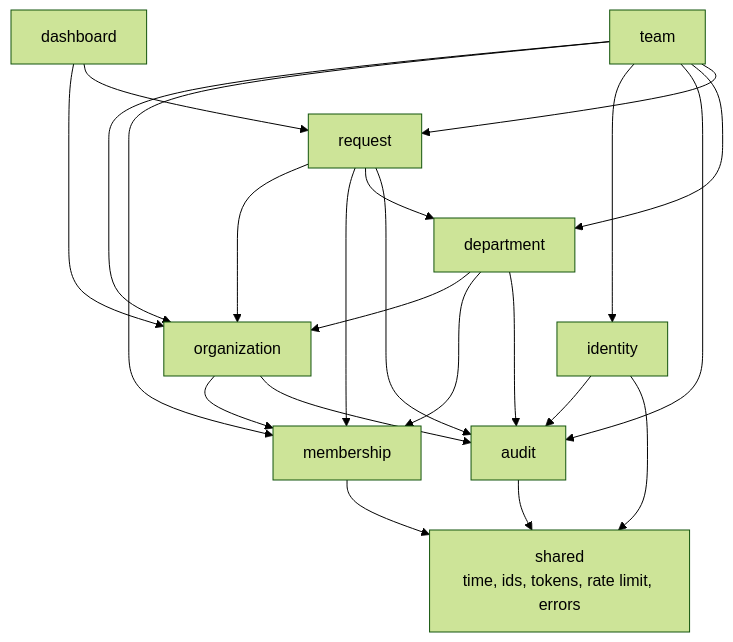
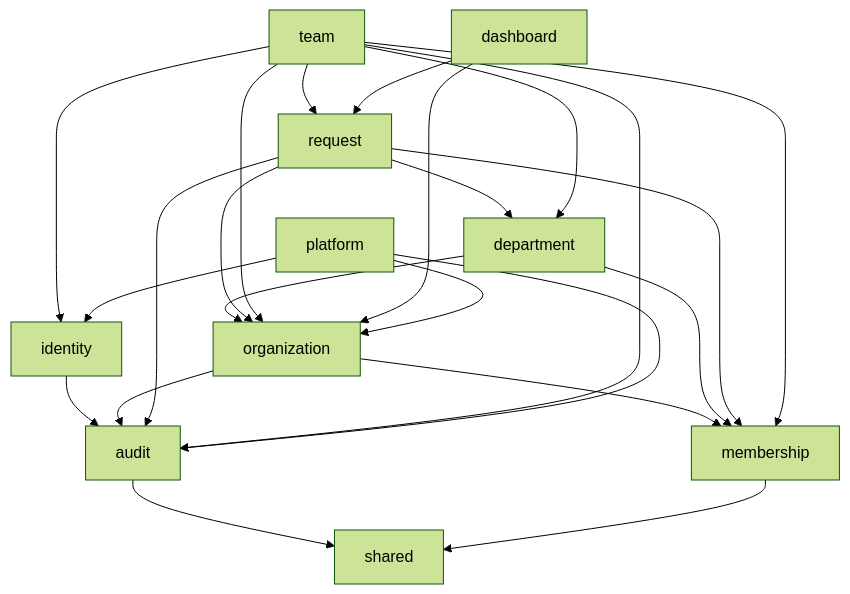
One commit to youssef-naj/nexus changed the second of 2 diagrams in docs/architecture.md. Above: the diagram before and after it, drawn with Mermaid (forest theme). The commit also changed other lines of this file and 19 other files, not shown here.

````diff
--- a/docs/architecture.md
+++ b/docs/architecture.md
@@ -44,25 +41,25 @@
 ```mermaid
 flowchart TD
-  shared["shared<br/>time, ids, tokens, rate limit, errors"]
-  audit --> shared
-  identity --> audit
-  identity --> shared
-  membership --> shared
-  organization --> membership
-  organization --> audit
-  department --> organization
-  department --> membership
-  department --> audit
-  request --> organization
-  request --> membership
-  request --> department
-  request --> audit
-  dashboard --> organization
-  dashboard --> request
-  team --> organization
-  team --> membership
-  team --> identity
-  team --> audit
-  team --> department
-  team --> request
+    audit --> shared
+    membership --> shared
+    identity --> audit
+    organization --> membership
+    organization --> audit
+    department --> organization
+    department --> membership
+    request --> organization
+    request --> membership
+    request --> department
+    request --> audit
+    team --> organization
+    team --> membership
+    team --> identity
+    team --> audit
+    team --> department
+    team --> request
+    dashboard --> organization
+    dashboard --> request
+    platform --> organization
+    platform --> identity
+    platform --> audit
 ```
````
